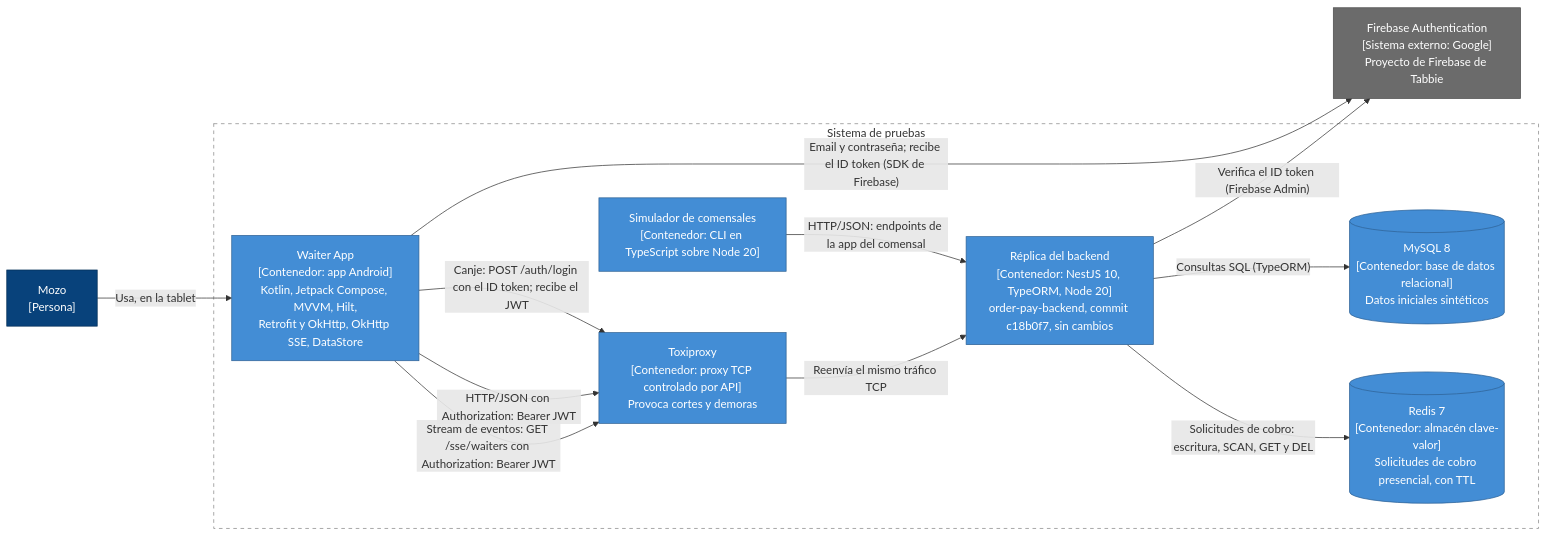
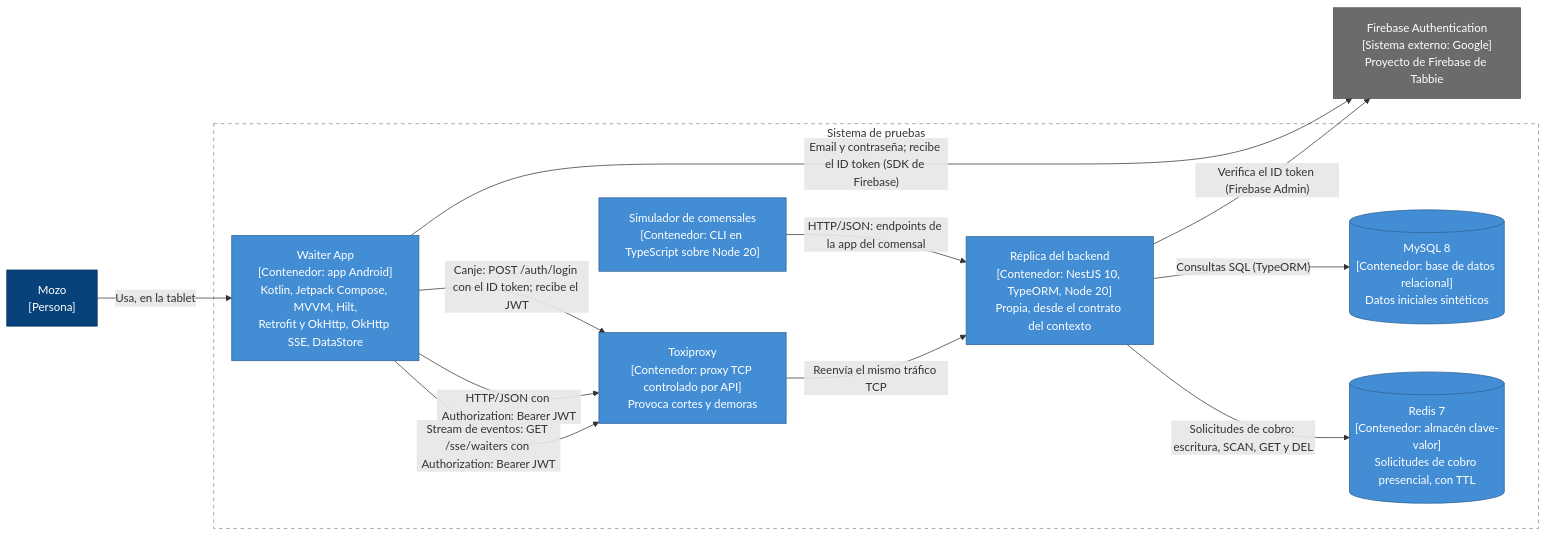
Before and after one commit to MauroUX/tabbie-waiter: the second of 2 diagrams in docs/architecture/README.md, drawn with Mermaid. The commit also changed other lines of this file and 32 other files, not shown here.

First line of the commit message:
docs(docs): baja la réplica propia a documentos, tickets y harness

````diff
--- a/docs/architecture/README.md
+++ b/docs/architecture/README.md
@@ -77,34 +77,34 @@
 ```mermaid
 flowchart LR
     mozo["Mozo<br/>[Persona]"]
 
     subgraph prueba["Sistema de pruebas"]
         app["Waiter App<br/>[Contenedor: app Android]<br/>Kotlin, Jetpack Compose, MVVM, Hilt,<br/>Retrofit y OkHttp, OkHttp SSE, DataStore"]
         toxi["Toxiproxy<br/>[Contenedor: proxy TCP controlado por API]<br/>Provoca cortes y demoras"]
-        replica["Réplica del backend<br/>[Contenedor: NestJS 10, TypeORM, Node 20]<br/>order-pay-backend, commit c18b0f7, sin cambios"]
+        replica["Réplica del backend<br/>[Contenedor: NestJS 10, TypeORM, Node 20]<br/>Propia, desde el contrato del contexto"]
         mysql[("MySQL 8<br/>[Contenedor: base de datos relacional]<br/>Datos iniciales sintéticos")]
         redis[("Redis 7<br/>[Contenedor: almacén clave-valor]<br/>Solicitudes de cobro presencial, con TTL")]
         sim["Simulador de comensales<br/>[Contenedor: CLI en TypeScript sobre Node 20]"]
     end
 
     firebase["Firebase Authentication<br/>[Sistema externo: Google]<br/>Proyecto de Firebase de Tabbie"]
 
     mozo -->|"Usa, en la tablet"| app
     app -->|"Email y contraseña; recibe el ID token (SDK de Firebase)"| firebase
     app -->|"Canje: POST /auth/login con el ID token; recibe el JWT"| toxi
     app -->|"HTTP/JSON con Authorization: Bearer JWT"| toxi
     app -->|"Stream de eventos: GET /sse/waiters con Authorization: Bearer JWT"| toxi
     toxi -->|"Reenvía el mismo tráfico TCP"| replica
     replica -->|"Verifica el ID token (Firebase Admin)"| firebase
     replica -->|"Consultas SQL (TypeORM)"| mysql
     replica -->|"Solicitudes de cobro: escritura, SCAN, GET y DEL"| redis
     sim -->|"HTTP/JSON: endpoints de la app del comensal"| replica
 
     classDef persona fill:#08427b,stroke:#052e56,color:#ffffff
     classDef contenedor fill:#438dd5,stroke:#2e6295,color:#ffffff
     classDef externo fill:#6b6b6b,stroke:#4d4d4d,color:#ffffff
     class mozo persona
     class app,toxi,replica,mysql,redis,sim contenedor
     class firebase externo
     style prueba fill:none,stroke:#888888,stroke-dasharray:5 5
 ```
````
